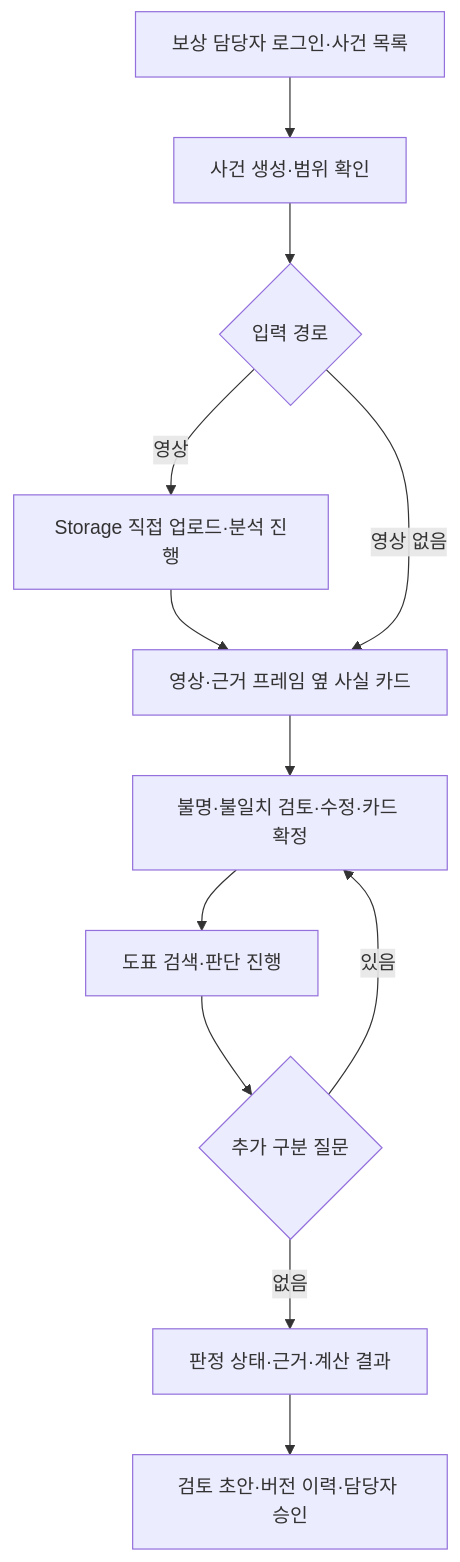
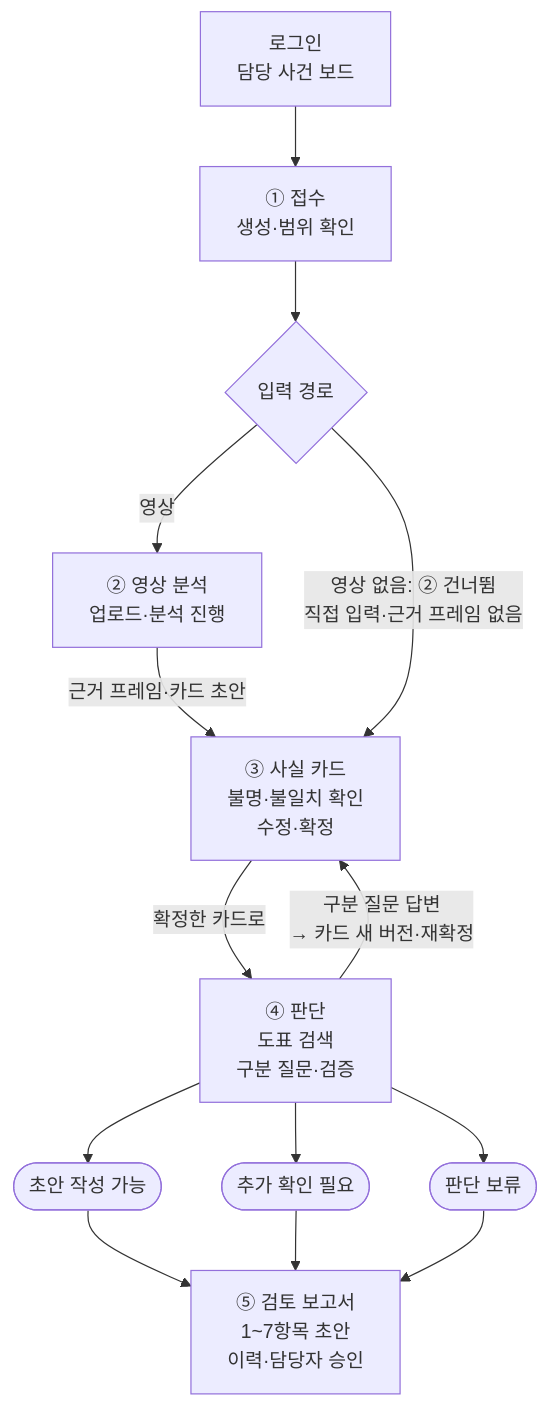
Before and after one commit to Ok-Muncheol/ok-muncheol-fe: the diagram in README.md, drawn with Mermaid. The commit also changed other lines of this file, not shown here.

Commit message:
[DOC] README 사용자 흐름을 보드 5단계 화면 흐름으로 다시 그리고 처리 상세는 BE 흐름에 맡긴다 (#44)
* [DOC] README 사용자 흐름을 보드 5단계 화면 흐름으로 다시 그리고 처리 상세는 BE 흐름에 맡긴다

- 「범위와 사용자 흐름」 mermaid를 담당 사건 보드 5단계(STAGES) 기준 화면 흐름으로 다시 그린다
- 영상 없는 사건 경로를 영상 분석을 건너뛰는 직접 입력(근거 프레임 없음)으로 고친다
- 판정 상태 3종을 화면 표시 이름으로 넣고, 분기·API 경로·판단 그래프 단계는 BE 「선행 MVP 처리 흐름」 링크로 넘긴다
- 「화면·경로 제안」 표에 빠진 /cases/[id]/judgment를 추가한다

* [DOC] 사용자 흐름도 칸 글자를 줄 단위로 끊어 단어 중간 줄바꿈을 없앤다

- GitHub 렌더링에서 칸 한 줄에 한글 약 8자만 들어가 '로그/인'·'확/인'·'질/문'·'승/인'처럼 단어 중간에서 줄이 바뀌었다
- 각 칸과 '영상 없음' 화살표 라벨을 <br/>로 직접 끊는다. 흐름·분기·판정 상태는 바꾸지 않는다

---------

````diff
--- a/README.md
+++ b/README.md
@@ -41,14 +41,16 @@
 ```mermaid
 flowchart TD
-    A[보상 담당자 로그인·사건 목록] --> B[사건 생성·범위 확인]
+    A["로그인<br/>담당 사건 보드"] --> B["① 접수<br/>생성·범위 확인"]
     B --> C{입력 경로}
-    C -->|영상| D[Storage 직접 업로드·분석 진행]
-    D --> E[영상·근거 프레임 옆 사실 카드]
-    C -->|영상 없음| E
-    E --> F[불명·불일치 검토·수정·카드 확정]
-    F --> G[도표 검색·판단 진행]
-    G --> H{추가 구분 질문}
-    H -->|있음| F
-    H -->|없음| I[판정 상태·근거·계산 결과]
-    I --> J[검토 초안·버전 이력·담당자 승인]
+    C -->|영상| D["② 영상 분석<br/>업로드·분석 진행"]
+    D -->|"근거 프레임·카드 초안"| E["③ 사실 카드<br/>불명·불일치 확인<br/>수정·확정"]
+    C -->|"영상 없음: ② 건너뜀<br/>직접 입력·근거 프레임 없음"| E
+    E -->|확정한 카드로| F["④ 판단<br/>도표 검색<br/>구분 질문·검증"]
+    F -->|"구분 질문 답변<br/>→ 카드 새 버전·재확정"| E
+
+    R1(["초안 작성 가능"])
+    R2(["추가 확인 필요"])
+    R3(["판단 보류"])
+    F --> R1 & R2 & R3
+    R1 & R2 & R3 --> G["⑤ 검토 보고서<br/>1~7항목 초안<br/>이력·담당자 승인"]
 ```
````
